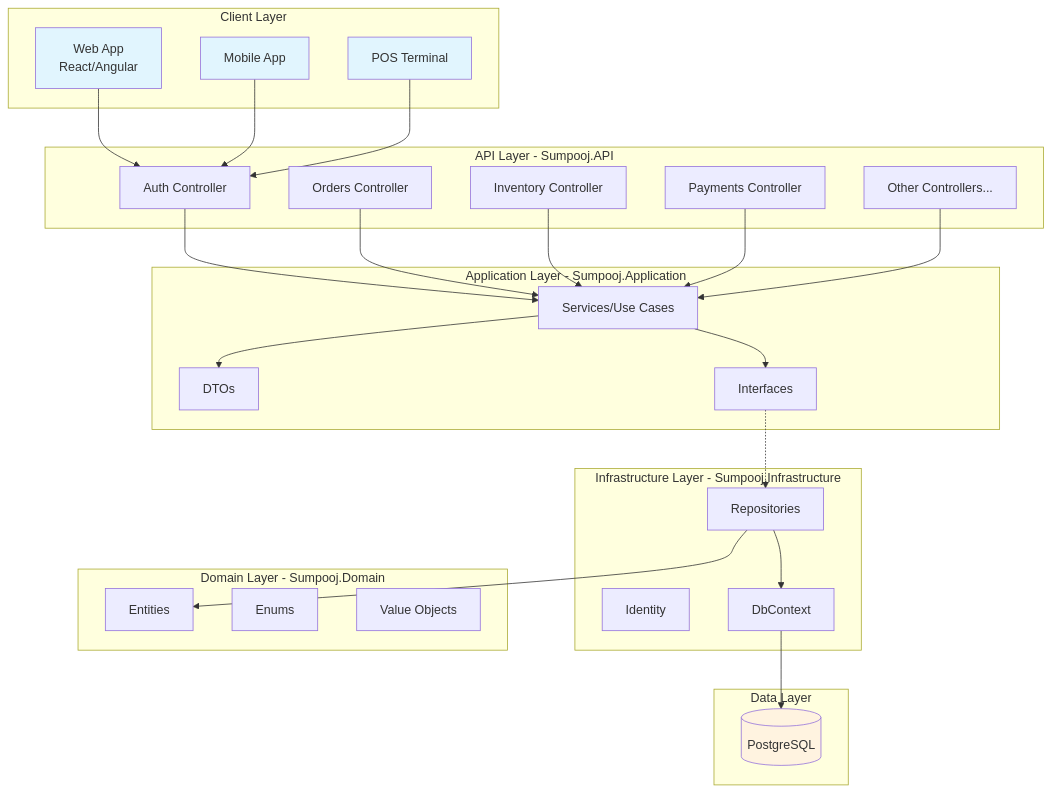
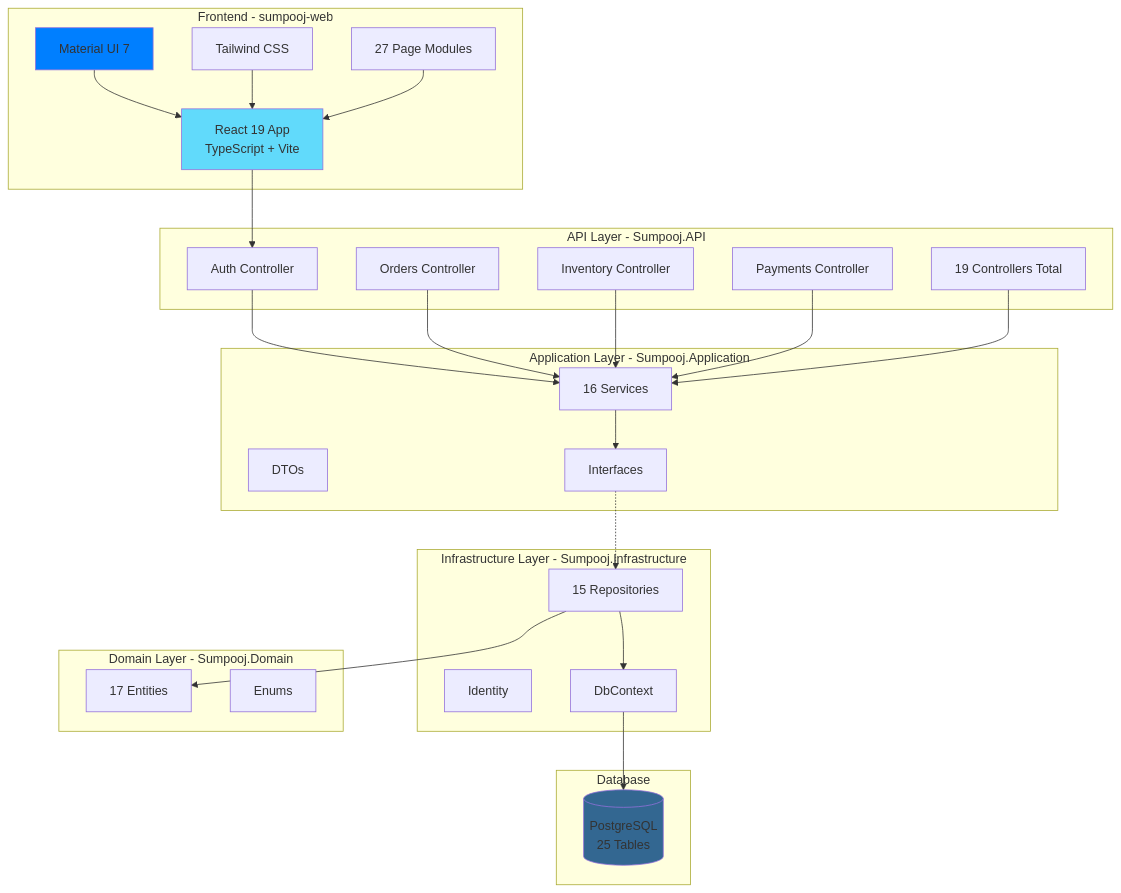
One commit to justflowerdelhi/floraprise changed the first of 9 diagrams in README.md. Above: the diagram before and after it, drawn with Mermaid. The commit also changed other lines of this file, not shown here.

````diff
--- a/README.md
+++ b/README.md
@@ -73,62 +93,59 @@
 ```mermaid
 graph TB
-    subgraph "Client Layer"
-        WEB[Web App<br/>React/Angular]
-        MOBILE[Mobile App]
-        POS[POS Terminal]
+    subgraph "Frontend - sumpooj-web"
+        REACT[React 19 App<br/>TypeScript + Vite]
+        MUI[Material UI 7]
+        TAIL[Tailwind CSS]
+        PAGES[27 Page Modules]
     end
 
     subgraph "API Layer - Sumpooj.API"
         AUTH[Auth Controller]
         ORDERS[Orders Controller]
         INV[Inventory Controller]
         PAY[Payments Controller]
-        OTHER[Other Controllers...]
+        OTHER[19 Controllers Total]
     end
 
     subgraph "Application Layer - Sumpooj.Application"
-        SVC[Services/Use Cases]
+        SVC[16 Services]
         DTO[DTOs]
         INT[Interfaces]
     end
 
     subgraph "Infrastructure Layer - Sumpooj.Infrastructure"
-        REPO[Repositories]
+        REPO[15 Repositories]
         IDENT[Identity]
         DBCTX[DbContext]
     end
 
     subgraph "Domain Layer - Sumpooj.Domain"
-        ENT[Entities]
+        ENT[17 Entities]
         ENUM[Enums]
-        VAL[Value Objects]
     end
 
-    subgraph "Data Layer"
-        PG[(PostgreSQL)]
+    subgraph "Database"
+        PG[(PostgreSQL<br/>25 Tables)]
     end
 
-    WEB --> AUTH
-    MOBILE --> AUTH
-    POS --> AUTH
+    REACT --> AUTH
+    MUI --> REACT
+    TAIL --> REACT
+    PAGES --> REACT
 
     AUTH --> SVC
     ORDERS --> SVC
     INV --> SVC
     PAY --> SVC
     OTHER --> SVC
 
     SVC --> INT
-    SVC --> DTO
-
     INT -.-> REPO
     REPO --> DBCTX
     REPO --> ENT
-
     DBCTX --> PG
 
-    style WEB fill:#e1f5fe
-    style MOBILE fill:#e1f5fe
-    style POS fill:#e1f5fe
-    style PG fill:#fff3e0
+    style REACT fill:#61dafb
+    style PG fill:#336791
+    style MUI fill:#007fff
 ```
````
